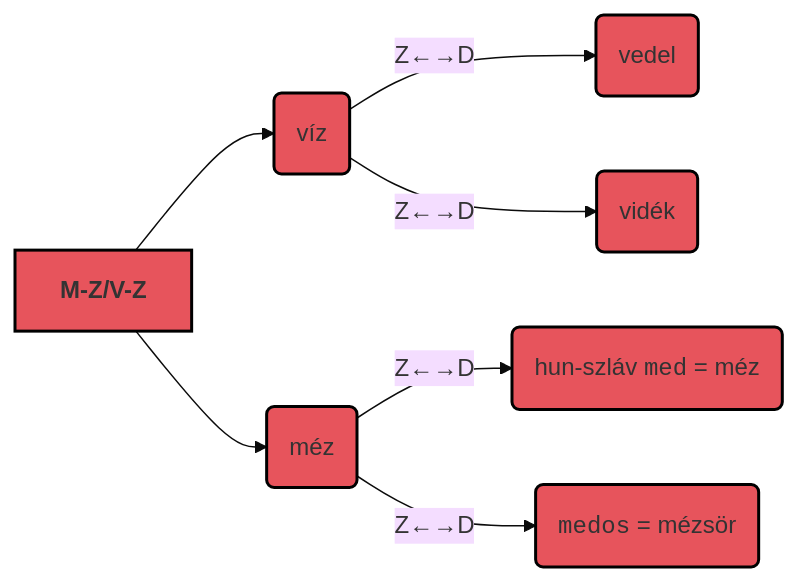
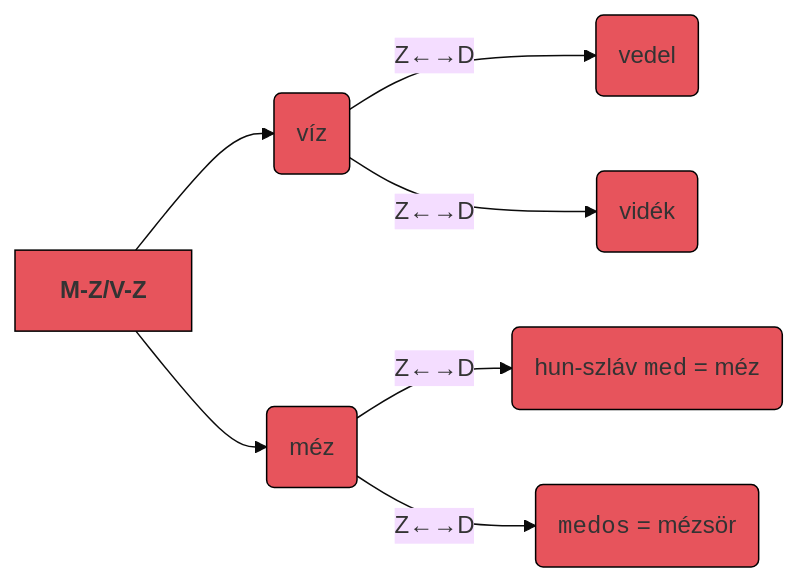
Before and after one commit to zanodor/TUDDASSTTARR: the fifth of 8 diagrams in src/site/notes/B/Balk.md, drawn with Mermaid (base theme). The commit also changed other lines of this file and 1 other file, not shown here.

````diff
--- a/src/site/notes/B/Balk.md
+++ b/src/site/notes/B/Balk.md
@@ -113,18 +114,18 @@
 ```mermaid
 flowchart LR
 
 	head[<b>M-Z/V-Z</b>]
 	lvl2_a("víz")
 	lvl2_b("méz")
 	lvl3_a("vedel")
 	lvl3_b("vidék")
 	lvl3_c("hun-szláv <code>med</code> = méz")
 	lvl3_d("<code>medos</code> = mézsör")
 
 	head --> lvl2_a & lvl2_b
 	lvl2_a -- "Z←→D" -->  lvl3_a & lvl3_b
 	lvl2_b -- "Z←→D" -->  lvl3_c & lvl3_d
 
-	classDef fillStyle fill:#e7545c,stroke:#000000,stroke-width:2px,stroke-dasharray: 0;
+	classDef fillStyle fill:#e7545c,stroke:#000000,stroke-width:1px,stroke-dasharray: 0;
 	class head,lvl2_a,lvl2_b,lvl3_a,lvl3_b,lvl3_c,lvl3_d fillStyle;
 ```
````
